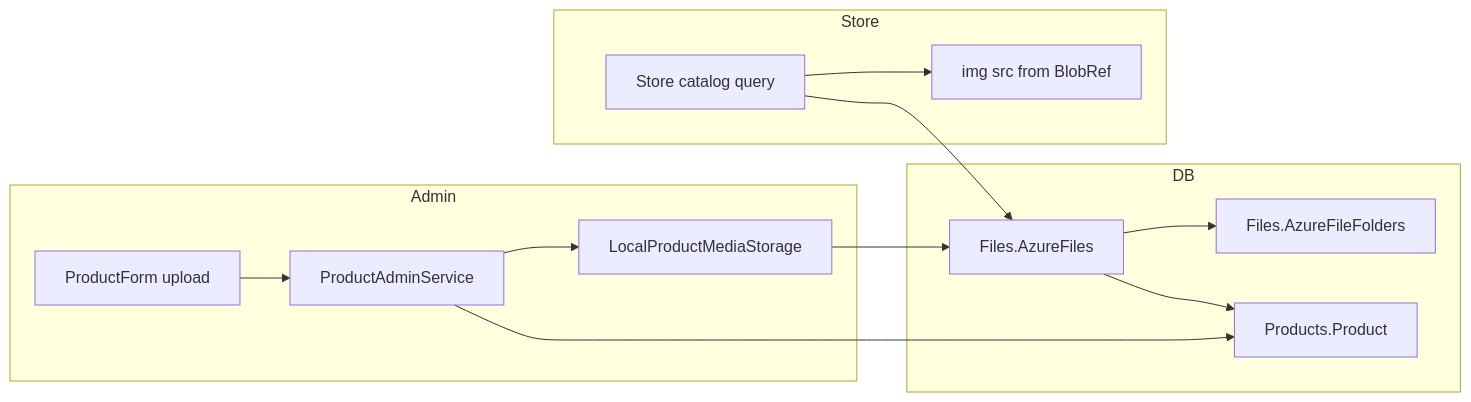
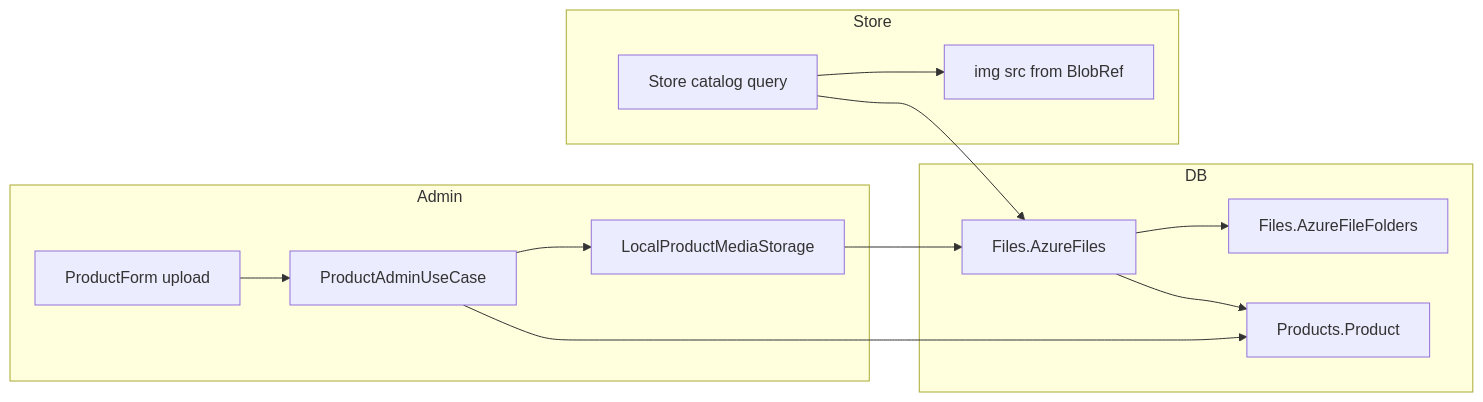
The diagram in readme/AZUREBLOB.md (adminsense/WebShopABMATIC), drawn with Mermaid before and after one commit. The commit also changed other lines of this file and 7 other files, not shown here.

````diff
--- a/readme/AZUREBLOB.md
+++ b/readme/AZUREBLOB.md
@@ -193,28 +193,28 @@
 ```mermaid
 flowchart LR
   subgraph Admin
     Form[ProductForm upload]
-    Svc[ProductAdminService]
+    Svc[ProductAdminUseCase]
     Media[LocalProductMediaStorage]
   end
 
   subgraph DB
     Product[Products.Product]
     Azure[Files.AzureFiles]
     Folder[Files.AzureFileFolders]
   end
 
   subgraph Store
     Catalog[Store catalog query]
     Img[img src from BlobRef]
   end
 
   Form --> Svc
   Svc --> Product
   Svc --> Media
   Media --> Azure
   Azure --> Product
   Azure --> Folder
   Catalog --> Azure
   Catalog --> Img
 ```
````
